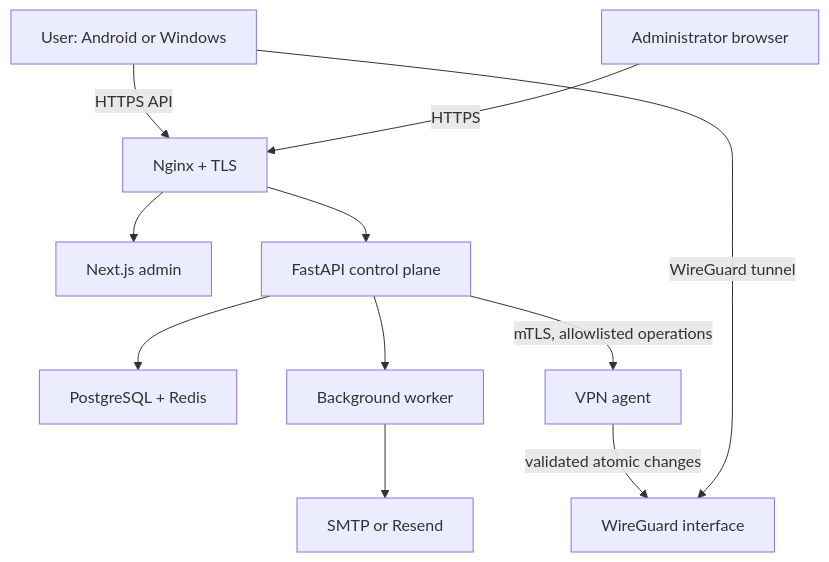
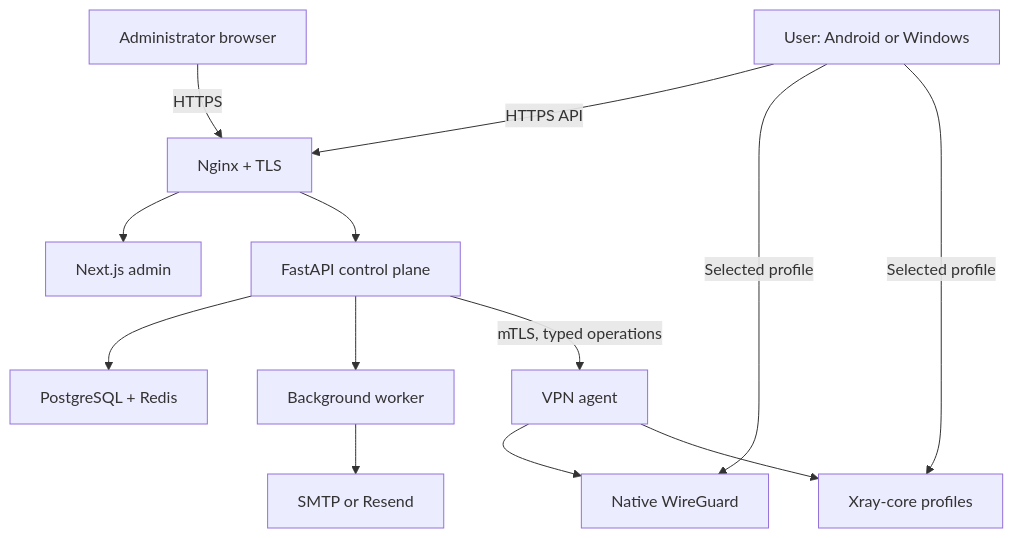
Before and after one commit to Parsabrg/vpn: the first of 2 diagrams in docs/architecture.md, drawn with Mermaid. The commit also changed other lines of this file and 9 other files, not shown here.

Commit message:
Plan phased WireGuard and Xray protocol support

````diff
--- a/docs/architecture.md
+++ b/docs/architecture.md
@@ -11,13 +12,15 @@
 ```mermaid
 flowchart TD
     User["User: Android or Windows"] -->|"HTTPS API"| Edge["Nginx + TLS"]
     Admin["Administrator browser"] -->|"HTTPS"| Edge
     Edge --> AdminUI["Next.js admin"]
     Edge --> API["FastAPI control plane"]
     API --> Data["PostgreSQL + Redis"]
     API --> Worker["Background worker"]
     Worker --> Email["SMTP or Resend"]
-    API -->|"mTLS, allowlisted operations"| Agent["VPN agent"]
-    Agent -->|"validated atomic changes"| WG["WireGuard interface"]
-    User -->|"WireGuard tunnel"| WG
+    API -->|"mTLS, typed operations"| Agent["VPN agent"]
+    Agent --> WG["Native WireGuard"]
+    Agent --> Xray["Xray-core profiles"]
+    User -->|"Selected profile"| WG
+    User -->|"Selected profile"| Xray
 ```
````
